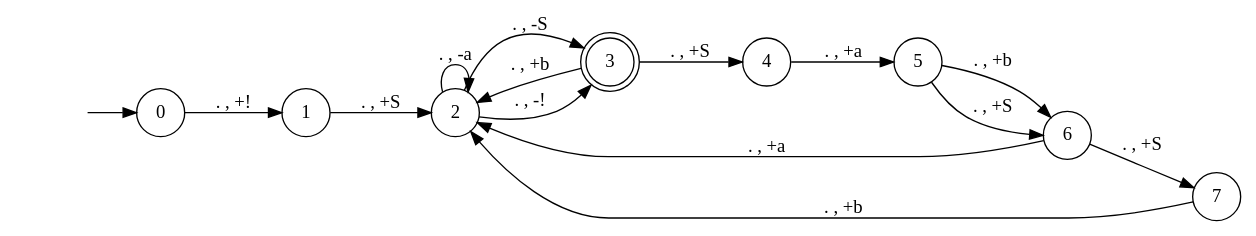
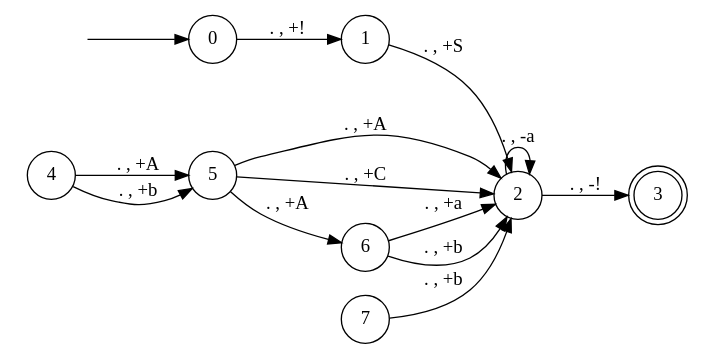
One commit to tsubaric/ToC changed the diagram in test_1.gv. Above: the diagram before and after it, drawn with Graphviz. The commit also changed 2 other files, not shown here.

```diff
--- a/test_1.gv
+++ b/test_1.gv
@@ -1,21 +1,20 @@
 digraph pda {
 rankdir = LR;
 hidden [shape = plaintext, label = ""];
 node [shape = doublecircle];
 3;
 node [shape = circle];
 hidden -> 0;
 0 -> 1 [label = ". , +!"];
 1 -> 2 [label = ". , +S"];
 2 -> 2 [label = ". , -a"];
 2 -> 3 [label = ". , -!"];
-2 -> 3 [label = ". , -S"];
-3 -> 2 [label = ". , +b"];
-3 -> 4 [label = ". , +S"];
-4 -> 5 [label = ". , +a"];
-5 -> 6 [label = ". , +b"];
-5 -> 6 [label = ". , +S"];
+4 -> 5 [label = ". , +A"];
+4 -> 5 [label = ". , +b"];
+5 -> 2 [label = ". , +A"];
+5 -> 2 [label = ". , +C"];
+5 -> 6 [label = ". , +A"];
 6 -> 2 [label = ". , +a"];
-6 -> 7 [label = ". , +S"];
+6 -> 2 [label = ". , +b"];
 7 -> 2 [label = ". , +b"];
 }
```
